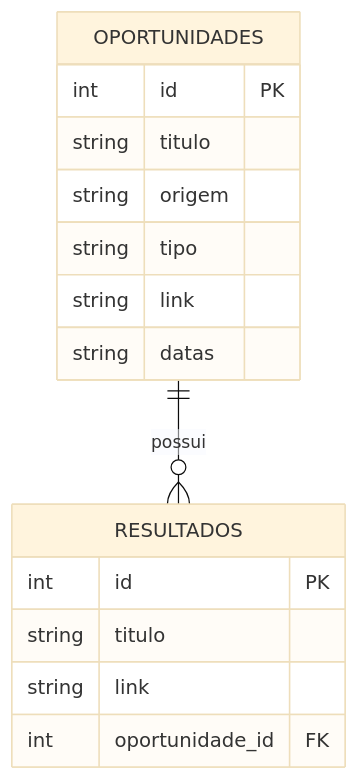
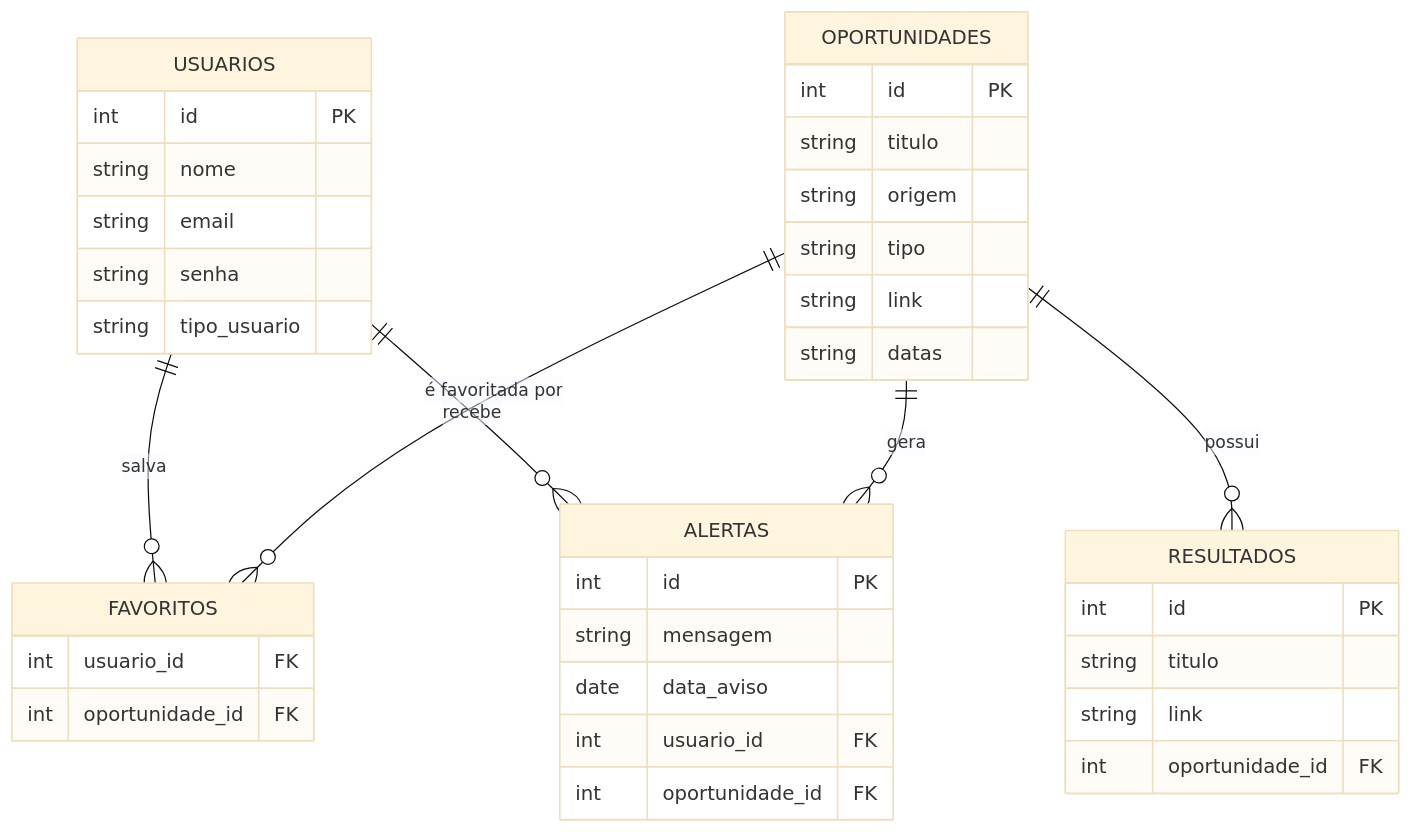
Before and after one commit to Aaron-GMM/Conecta-ufc-backend: the third of 5 diagrams in Diagramas.md, drawn with Mermaid (base theme).

Commit message:
Add ER diagram for database modeling

````diff
--- a/Diagramas.md
+++ b/Diagramas.md
@@ -108,20 +108,45 @@
 ```mermaid
 erDiagram
+    USUARIOS ||--o{ FAVORITOS : "salva"
+    OPORTUNIDADES ||--o{ FAVORITOS : "é favoritada por"
+    USUARIOS ||--o{ ALERTAS : "recebe"
+    OPORTUNIDADES ||--o{ ALERTAS : "gera"
     OPORTUNIDADES ||--o{ RESULTADOS : "possui"
 
+    USUARIOS {
+        int id PK
+        string nome
+        string email
+        string senha
+        string tipo_usuario
+    }
+    
     OPORTUNIDADES {
         int id PK
         string titulo
         string origem
         string tipo
         string link
         string datas
     }
-
+    
     RESULTADOS {
         int id PK
         string titulo
         string link
         int oportunidade_id FK
     }
+    
+    FAVORITOS {
+        int usuario_id FK
+        int oportunidade_id FK
+    }
+    
+    ALERTAS {
+        int id PK
+        string mensagem
+        date data_aviso
+        int usuario_id FK
+        int oportunidade_id FK
+    }
 ```
````
